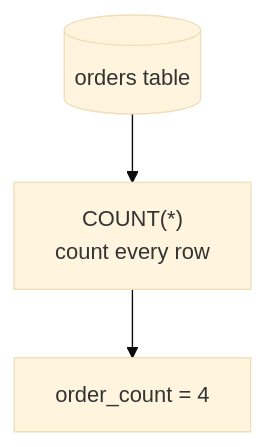
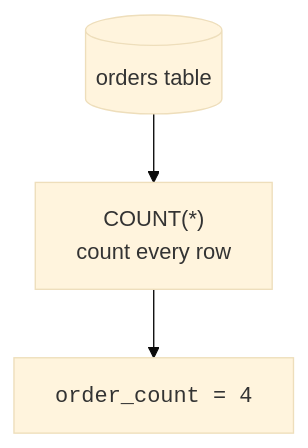
The second of 4 diagrams in content/learn/sqlite-for-beginners/aggregate-functions.mdx (dataslope/dataslope), drawn with Mermaid (base theme) before and after one commit. The commit also changed other lines of this file and 218 other files, not shown here.

First line of the commit message:
Render code-only mermaid shapes in monospace; convert step sequences to Steps (#467)

````diff
--- a/content/learn/sqlite-for-beginners/aggregate-functions.mdx
+++ b/content/learn/sqlite-for-beginners/aggregate-functions.mdx
@@ -62,5 +62,5 @@
 ```mermaid
 flowchart TB
     T[("orders table")] --> C["COUNT(*)<br/>count every row"]
-    C --> R["order_count = 4"]
+    C --> R["<code>order_count = 4</code>"]
 ```
````
